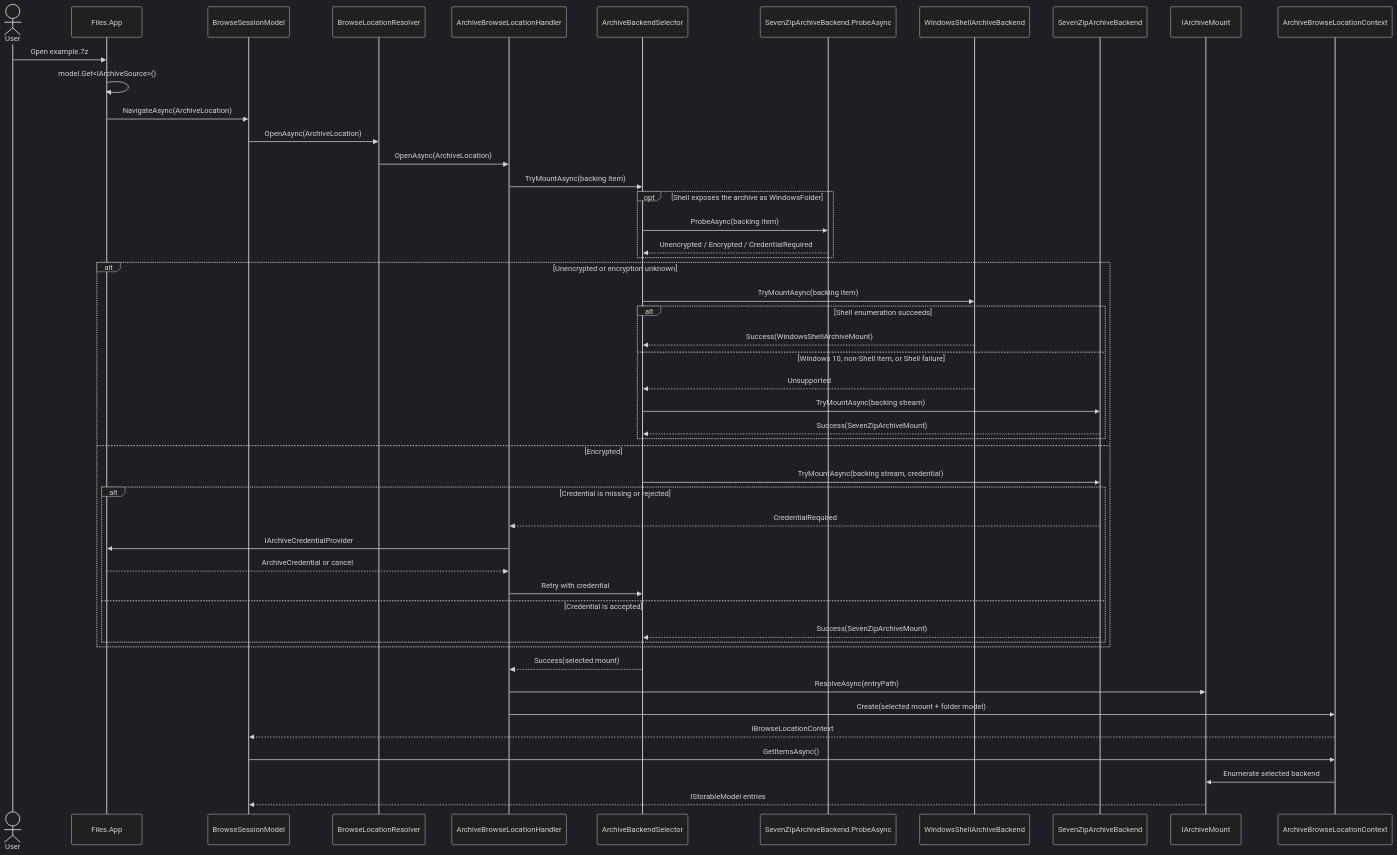
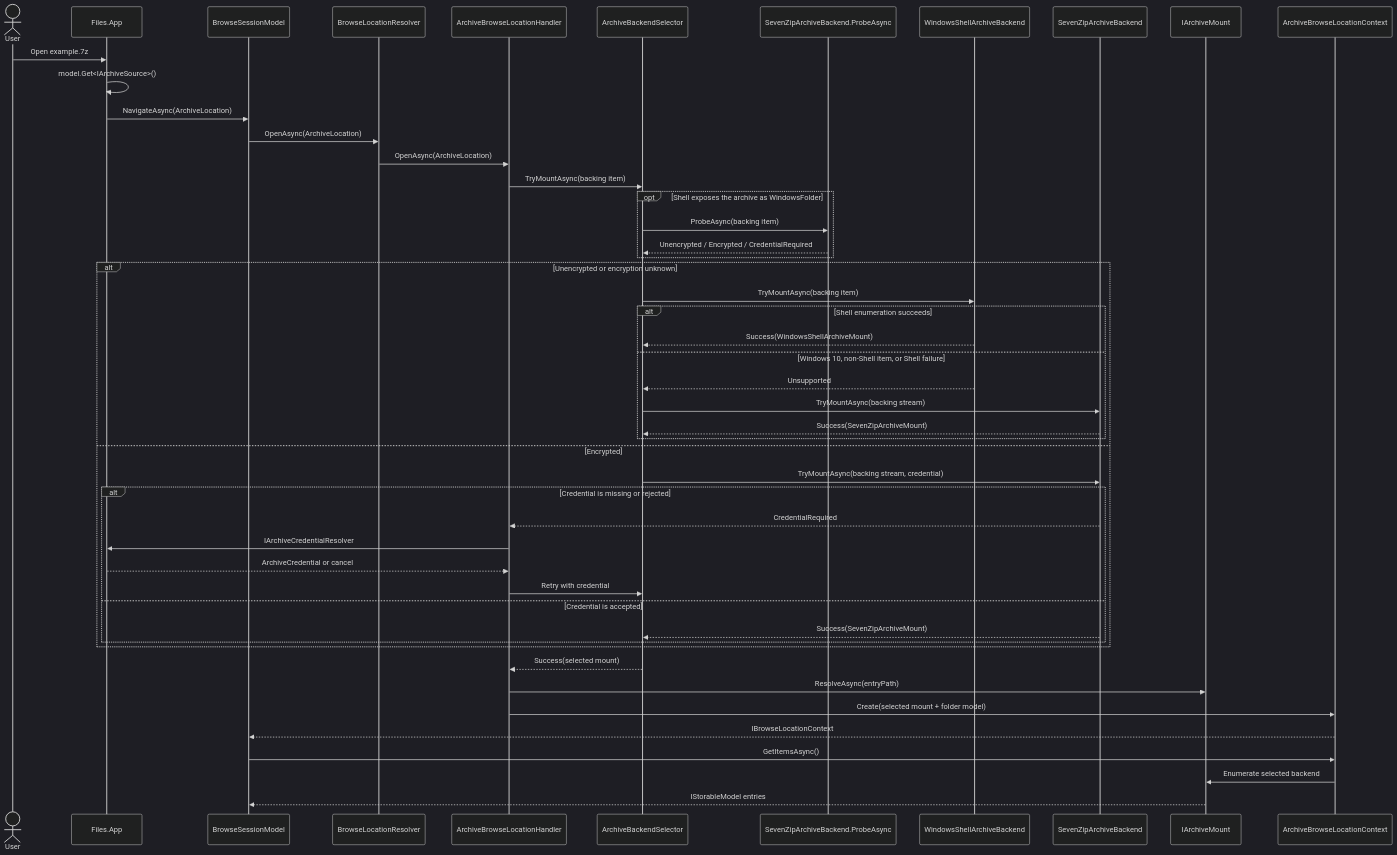
Before and after one commit to 0x5bfa/Files: the first of 3 diagrams in docs/architecture/archives.md, drawn with Mermaid (dark theme). The commit also changed other lines of this file and 260 other files, not shown here.

Commit message:
Simplify Files.Core architecture terminology

````diff
--- a/docs/architecture/archives.md
+++ b/docs/architecture/archives.md
@@ -25,55 +25,55 @@
 ```mermaid
 sequenceDiagram
     actor User
     participant App as Files.App
     participant Session as BrowseSessionModel
     participant Resolver as BrowseLocationResolver
     participant Handler as ArchiveBrowseLocationHandler
     participant Selector as ArchiveBackendSelector
     participant Probe as SevenZipArchiveBackend.ProbeAsync
     participant Shell as WindowsShellArchiveBackend
     participant SevenZip as SevenZipArchiveBackend
     participant Mount as IArchiveMount
     participant Context as ArchiveBrowseLocationContext
 
     User->>App: Open example.7z
     App->>App: model.Get<IArchiveSource>()
     App->>Session: NavigateAsync(ArchiveLocation)
     Session->>Resolver: OpenAsync(ArchiveLocation)
     Resolver->>Handler: OpenAsync(ArchiveLocation)
     Handler->>Selector: TryMountAsync(backing item)
 
     opt Shell exposes the archive as WindowsFolder
         Selector->>Probe: ProbeAsync(backing item)
         Probe-->>Selector: Unencrypted / Encrypted / CredentialRequired
     end
 
     alt Unencrypted or encryption unknown
         Selector->>Shell: TryMountAsync(backing item)
         alt Shell enumeration succeeds
             Shell-->>Selector: Success(WindowsShellArchiveMount)
         else Windows 10, non-Shell item, or Shell failure
             Shell-->>Selector: Unsupported
             Selector->>SevenZip: TryMountAsync(backing stream)
             SevenZip-->>Selector: Success(SevenZipArchiveMount)
         end
     else Encrypted
         Selector->>SevenZip: TryMountAsync(backing stream, credential)
         alt Credential is missing or rejected
             SevenZip-->>Handler: CredentialRequired
-            Handler->>App: IArchiveCredentialProvider
+            Handler->>App: IArchiveCredentialResolver
             App-->>Handler: ArchiveCredential or cancel
             Handler->>Selector: Retry with credential
         else Credential is accepted
             SevenZip-->>Selector: Success(SevenZipArchiveMount)
         end
     end
 
     Selector-->>Handler: Success(selected mount)
     Handler->>Mount: ResolveAsync(entryPath)
     Handler->>Context: Create(selected mount + folder model)
     Context-->>Session: IBrowseLocationContext
     Session->>Context: GetItemsAsync()
     Context->>Mount: Enumerate selected backend
     Mount-->>Session: IStorableModel entries
 ```
````
